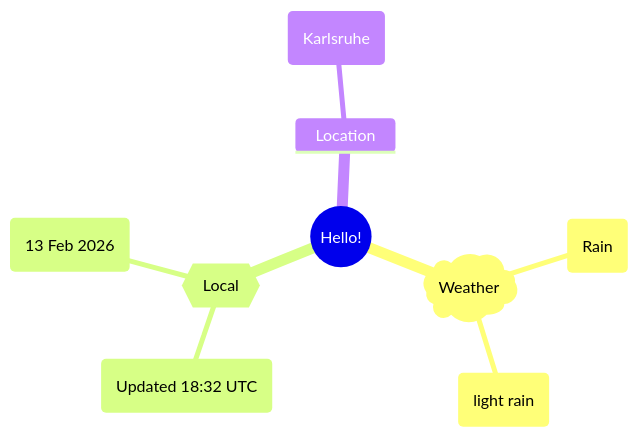
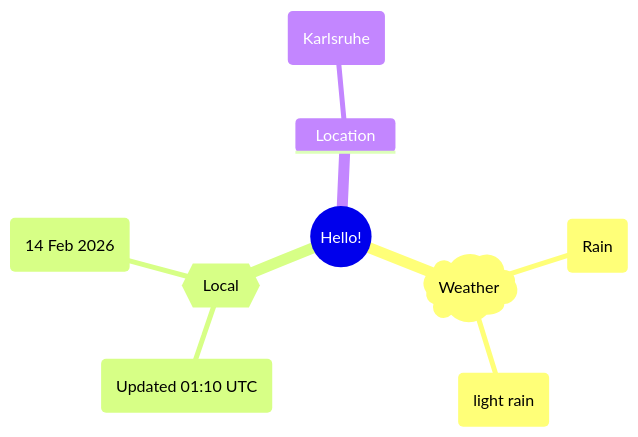
Before and after one commit to Xosrov/Xosrov: the first of 2 diagrams in README.md, drawn with Mermaid.

Commit message:
[bot] updated images

````diff
--- a/README.md
+++ b/README.md
@@ -3,12 +3,12 @@
 ```mermaid
 mindmap
   root((Hello!))
     )Weather(
         (Rain)
         (light rain)
     {{Local}}
-        (Updated 18:32 UTC)
-        (13 Feb 2026)
+        (Updated 01:10 UTC)
+        (14 Feb 2026)
     Location
         (Karlsruhe)
 ```
````
